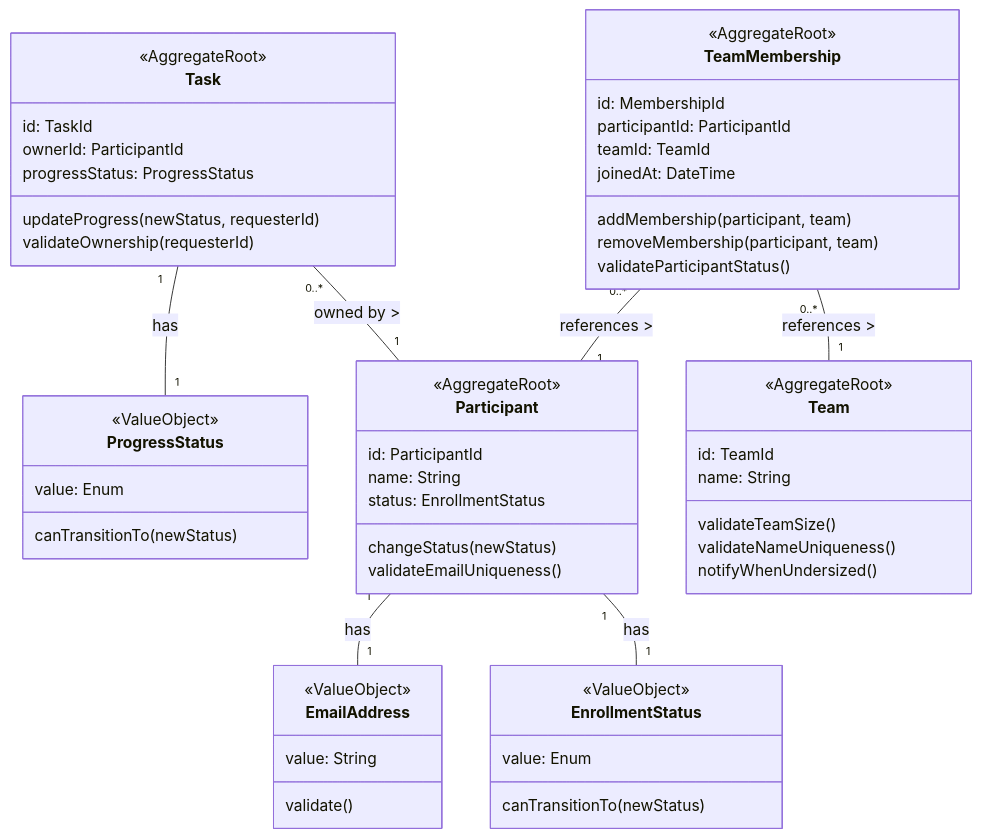
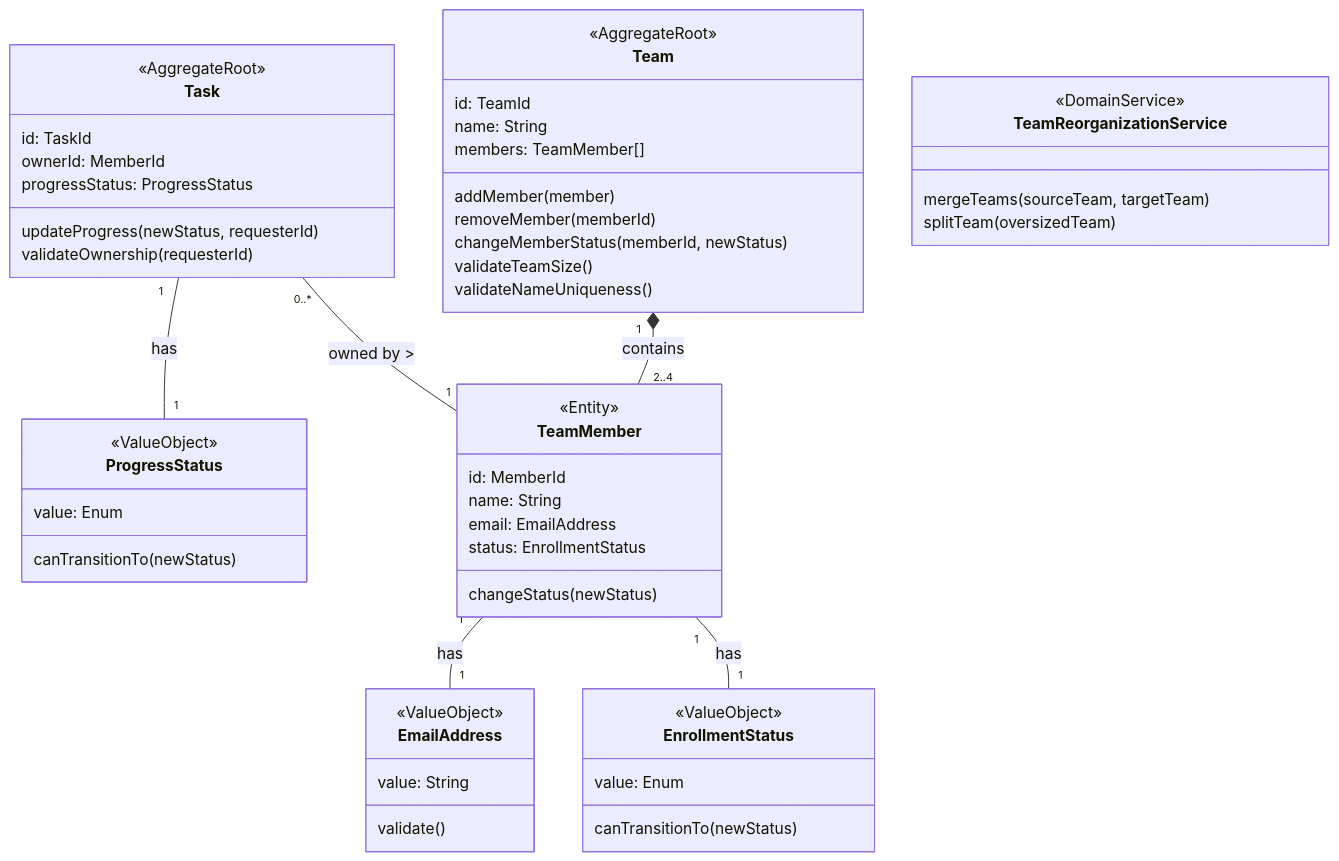
One commit to praha-kmishima/ddd-with-praha-challenge changed the first of 2 diagrams in memory-bank/systemPatterns.md. Above: the diagram before and after it, drawn with Mermaid. The commit also changed other lines of this file and 3 other files, not shown here.

````diff
--- a/memory-bank/systemPatterns.md
+++ b/memory-bank/systemPatterns.md
@@ -51,71 +40,67 @@
 ```mermaid
 classDiagram
     %% 値オブジェクト
     class EnrollmentStatus {
         <<ValueObject>>
         value: Enum
         canTransitionTo(newStatus)
     }
     
     class ProgressStatus {
         <<ValueObject>>
         value: Enum
         canTransitionTo(newStatus)
     }
     
     class EmailAddress {
         <<ValueObject>>
         value: String
         validate()
     }
     
-    %% 参加者集約
-    class Participant {
+    %% チーム集約
+    class Team {
         <<AggregateRoot>>
-        id: ParticipantId
+        id: TeamId
         name: String
+        members: TeamMember[]
+        addMember(member)
+        removeMember(memberId)
+        changeMemberStatus(memberId, newStatus)
+        validateTeamSize()
+        validateNameUniqueness()
+    }
+    
+    class TeamMember {
+        <<Entity>>
+        id: MemberId
+        name: String
+        email: EmailAddress
         status: EnrollmentStatus
         changeStatus(newStatus)
-        validateEmailUniqueness()
     }
     
     %% 課題集約
     class Task {
         <<AggregateRoot>>
         id: TaskId
-        ownerId: ParticipantId
+        ownerId: MemberId
         progressStatus: ProgressStatus
         updateProgress(newStatus, requesterId)
         validateOwnership(requesterId)
     }
     
-    %% チーム集約
-    class Team {
-        <<AggregateRoot>>
-        id: TeamId
-        name: String
-        validateTeamSize()
-        validateNameUniqueness()
-        notifyWhenUndersized()
+    %% リレーションシップ
+    Team "1" *-- "2..4" TeamMember: contains
+    TeamMember "1" -- "1" EmailAddress: has
+    TeamMember "1" -- "1" EnrollmentStatus: has
+    Task "1" -- "1" ProgressStatus: has
+    Task "0..*" -- "1" TeamMember: owned by >
+    
+    %% ドメインサービス
+    class TeamReorganizationService {
+        <<DomainService>>
+        mergeTeams(sourceTeam, targetTeam)
+        splitTeam(oversizedTeam)
     }
-    
-    %% チームメンバーシップ集約
-    class TeamMembership {
-        <<AggregateRoot>>
-        id: MembershipId
-        participantId: ParticipantId
-        teamId: TeamId
-        joinedAt: DateTime
-        addMembership(participant, team)
-        removeMembership(participant, team)
-        validateParticipantStatus()
-    }
-    
-    %% リレーションシップ
-    Participant "1" -- "1" EmailAddress: has
-    Participant "1" -- "1" EnrollmentStatus: has
-    Task "1" -- "1" ProgressStatus: has
-    TeamMembership "0..*" -- "1" Participant: references >
-    TeamMembership "0..*" -- "1" Team: references >
-    Task "0..*" -- "1" Participant: owned by >
 ```
````
